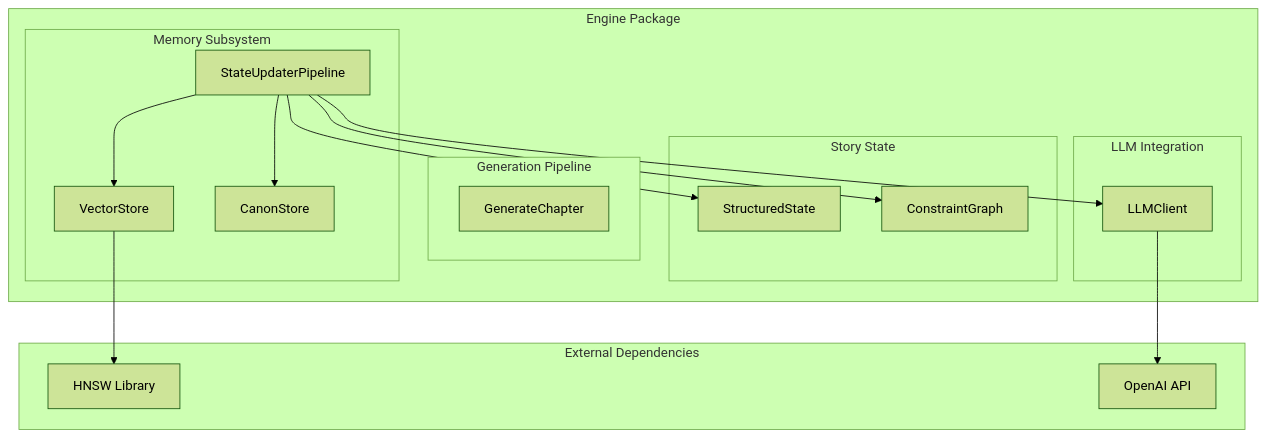
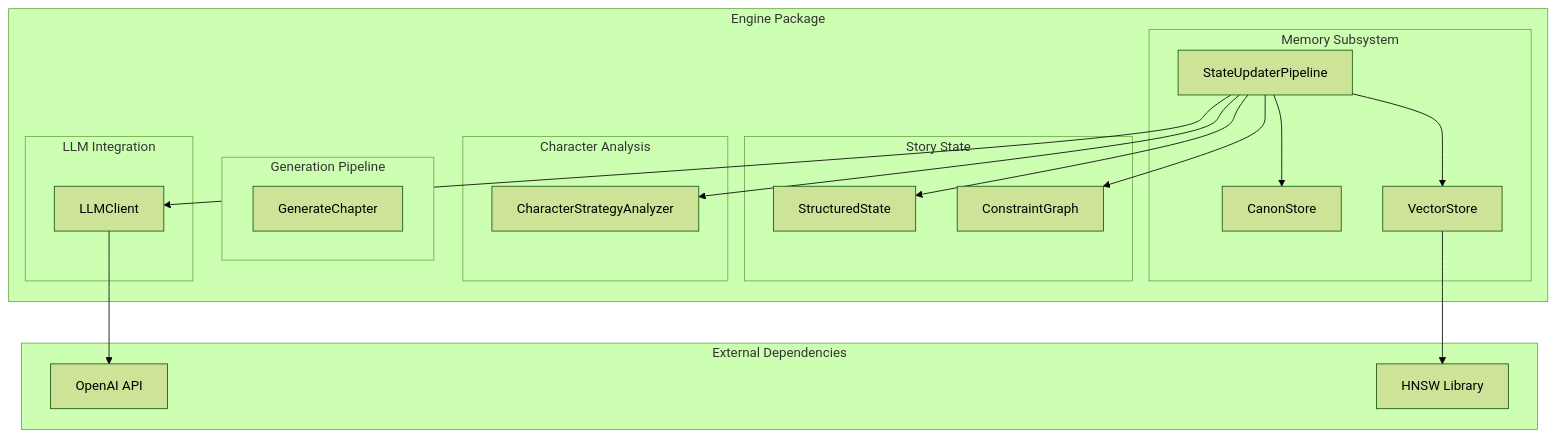
Before and after one commit to liwonder/NARRITIVE_OS: the first of 10 diagrams in .qoder/repowiki/en/content/Memory Management System/StateUpdater Pipeline.md, drawn with Mermaid (forest theme). The commit also changed other lines of this file and 15 other files, not shown here.

First line of the commit message:
Add CharacterStrategyAnalyzer and pipeline updates

````diff
--- a/.qoder/repowiki/en/content/Memory Management System/StateUpdater Pipeline.md
+++ b/.qoder/repowiki/en/content/Memory Management System/StateUpdater Pipeline.md
@@ -41,31 +52,35 @@
 ```mermaid
 graph TB
 subgraph "Engine Package"
 subgraph "Memory Subsystem"
 SU[StateUpdaterPipeline]
 VS[VectorStore]
 CS[CanonStore]
 end
 subgraph "Story State"
 SS[StructuredState]
 CG[ConstraintGraph]
+end
+subgraph "Character Analysis"
+CSA[CharacterStrategyAnalyzer]
 end
 subgraph "Generation Pipeline"
 GC[GenerateChapter]
 end
 subgraph "LLM Integration"
 LLM[LLMClient]
 end
 end
 subgraph "External Dependencies"
 HNSW[HNSW Library]
 OpenAI[OpenAI API]
 end
 SU --> VS
 SU --> CS
 SU --> CG
 SU --> SS
+SU --> CSA
 SU --> LLM
 VS --> HNSW
 LLM --> OpenAI
 ```
````
